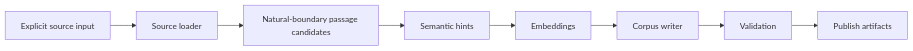
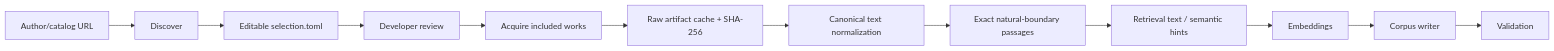
Before and after one commit to folk21/sibyl: the diagram in corpus-builder/README.md, drawn with Mermaid. The commit also changed other lines of this file and 56 other files, not shown here.

Commit message:
Add deterministic exact-source passage extraction using paragraph/sentence boundaries with hard max size and word-boundary fallback. Evaluate `intfloat/multilingual-e5-small` as the first multilingual baseline; production model lock remains pending.

````diff
--- a/corpus-builder/README.md
+++ b/corpus-builder/README.md
@@ -7,10 +7,14 @@
 ```mermaid
 flowchart LR
-    S[Explicit source input] --> L[Source loader]
-    L --> P[Natural-boundary passage candidates]
-    P --> H[Semantic hints]
+    U[Author/catalog URL] --> D[Discover]
+    D --> S[Editable selection.toml]
+    S --> R[Developer review]
+    R --> A[Acquire included works]
+    A --> C[Raw artifact cache + SHA-256]
+    C --> N[Canonical text normalization]
+    N --> P[Exact natural-boundary passages]
+    P --> H[Retrieval text / semantic hints]
     H --> E[Embeddings]
     E --> W[Corpus writer]
     W --> V[Validation]
-    V --> O[Publish artifacts]
 ```
````
